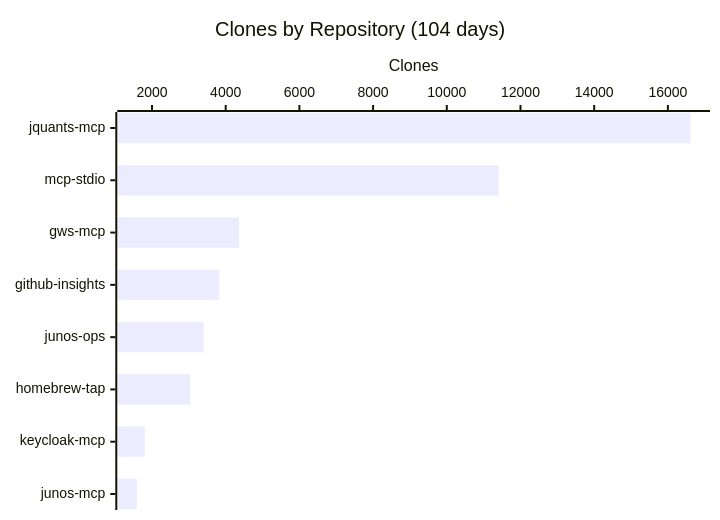
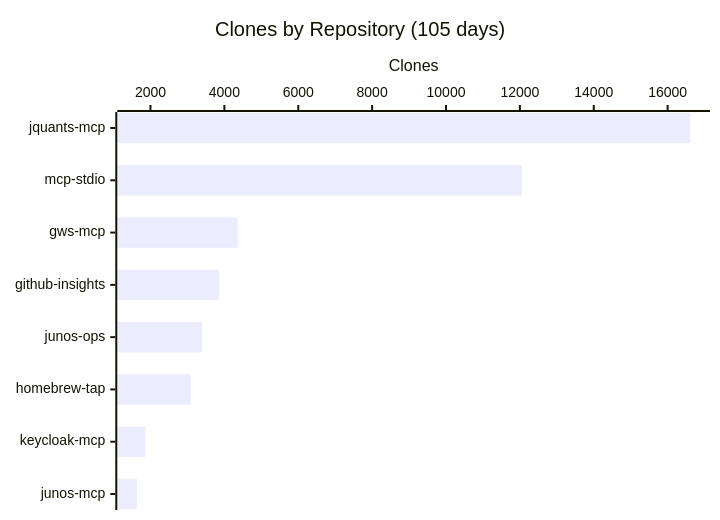
The third of 3 diagrams in README.md (shigechika/github-insights), drawn with Mermaid before and after one commit. The commit also changed other lines of this file and 2 other files, not shown here.

````diff
--- a/README.md
+++ b/README.md
@@ -43,7 +43,7 @@
 ```mermaid
 xychart-beta horizontal
-    title "Clones by Repository (104 days)"
+    title "Clones by Repository (105 days)"
     x-axis ["jquants-mcp", "mcp-stdio", "gws-mcp", "github-insights", "junos-ops", "homebrew-tap", "keycloak-mcp", "junos-mcp"]
     y-axis "Clones"
-    bar [16612, 11411, 4362, 3828, 3404, 3034, 1806, 1589]
+    bar [16617, 12060, 4366, 3854, 3404, 3089, 1861, 1631]
 ```
````
